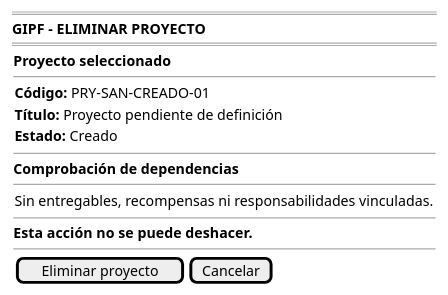
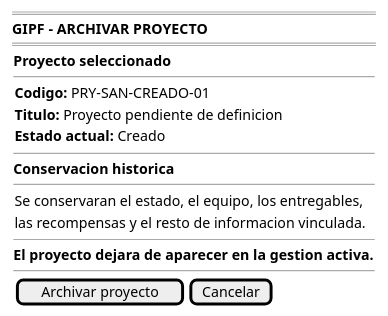
One commit to beatriizorozco/25-26-idsw2-sdVC changed the diagram in RUP/00-casos-uso/02-detalle/coordinador/eliminarProyecto/prototipo.puml. Above: the diagram before and after it, drawn with PlantUML. The commit also changed 38 other files, not shown here.

```diff
--- a/RUP/00-casos-uso/02-detalle/coordinador/eliminarProyecto/prototipo.puml
+++ b/RUP/00-casos-uso/02-detalle/coordinador/eliminarProyecto/prototipo.puml
@@ -1,26 +1,27 @@
 @startsalt eliminarProyecto-wireframe
 {
     ====
-    <b>GIPF - ELIMINAR PROYECTO</b>
+    <b>GIPF - ARCHIVAR PROYECTO</b>
     ====
     {
         <b>Proyecto seleccionado</b>
         --
         {
-            <b>Código:</b> PRY-SAN-CREADO-01
-            <b>Título:</b> Proyecto pendiente de definición
-            <b>Estado:</b> Creado
+            <b>Codigo:</b> PRY-SAN-CREADO-01
+            <b>Titulo:</b> Proyecto pendiente de definicion
+            <b>Estado actual:</b> Creado
         }
         --
-        <b>Comprobación de dependencias</b>
+        <b>Conservacion historica</b>
         --
         {
-            Sin entregables, recompensas ni responsabilidades vinculadas.
+            Se conservaran el estado, el equipo, los entregables,
+            las recompensas y el resto de informacion vinculada.
         }
         --
-        <b>Esta acción no se puede deshacer.</b>
+        <b>El proyecto dejara de aparecer en la gestion activa.</b>
         --
-        {[Eliminar proyecto] | [Cancelar]}
+        {[Archivar proyecto] | [Cancelar]}
     }
 }
 @endsalt
```
